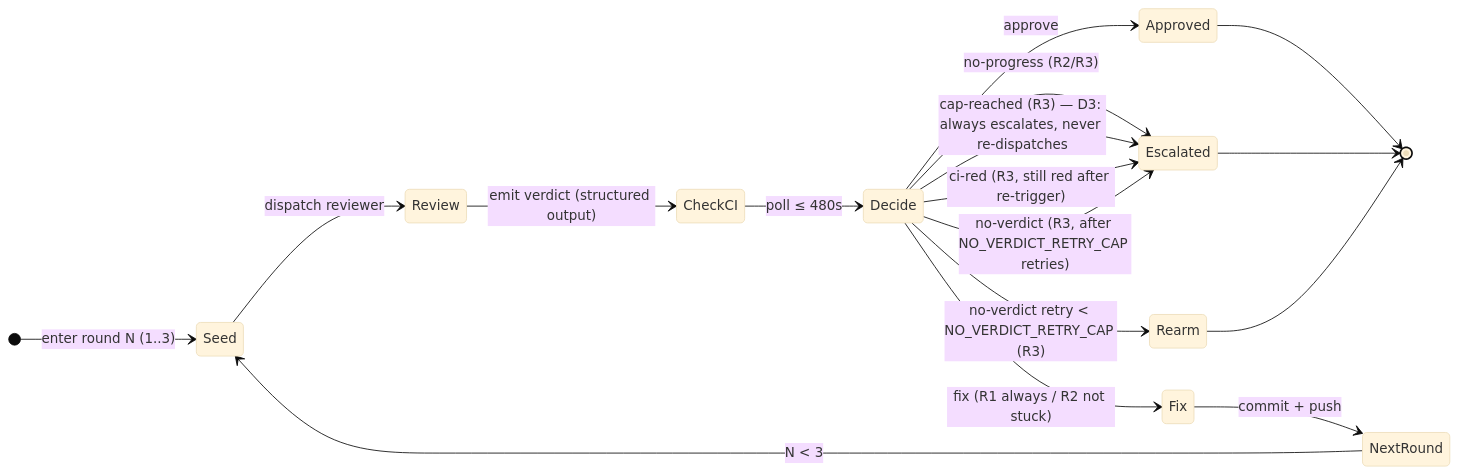
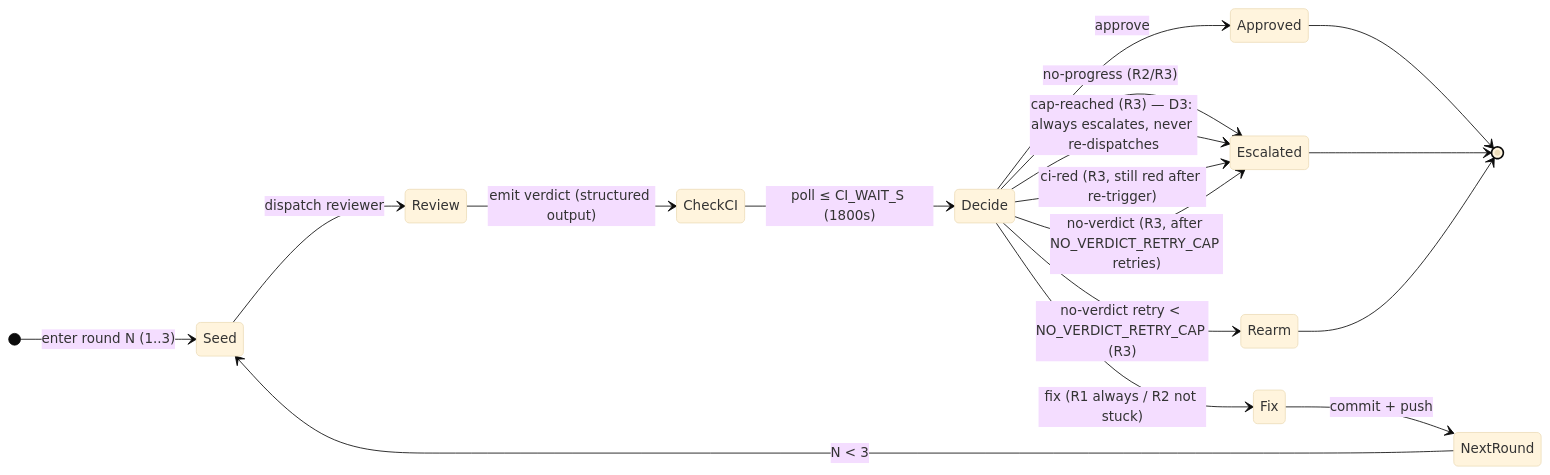
Before and after one commit to tuckermclean/orchestrator: the second of 2 diagrams in SPEC.md, drawn with Mermaid (base theme). The commit also changed other lines of this file and 3 other files, not shown here.

````diff
--- a/SPEC.md
+++ b/SPEC.md
@@ -1561,20 +1579,20 @@
 ```mermaid
 stateDiagram-v2
     direction LR
     [*] --> Seed : enter round N (1..3)
     Seed --> Review : dispatch reviewer
     Review --> CheckCI : emit verdict (structured output)
-    CheckCI --> Decide : poll ≤ 480s
+    CheckCI --> Decide : poll ≤ CI_WAIT_S (1800s)
     Decide --> Approved : approve
     Decide --> Fix : fix (R1 always / R2 not stuck)
     Fix --> NextRound : commit + push
     NextRound --> Seed : N < 3
     Decide --> Escalated : no-progress (R2/R3)
     Decide --> Escalated : cap-reached (R3) — D3: always escalates, never re-dispatches
     Decide --> Escalated : ci-red (R3, still red after re-trigger)
     Decide --> Escalated : no-verdict (R3, after NO_VERDICT_RETRY_CAP retries)
     Decide --> Rearm : no-verdict retry < NO_VERDICT_RETRY_CAP (R3)
     Approved --> [*]
     Escalated --> [*]
     Rearm --> [*]
 ```
````
